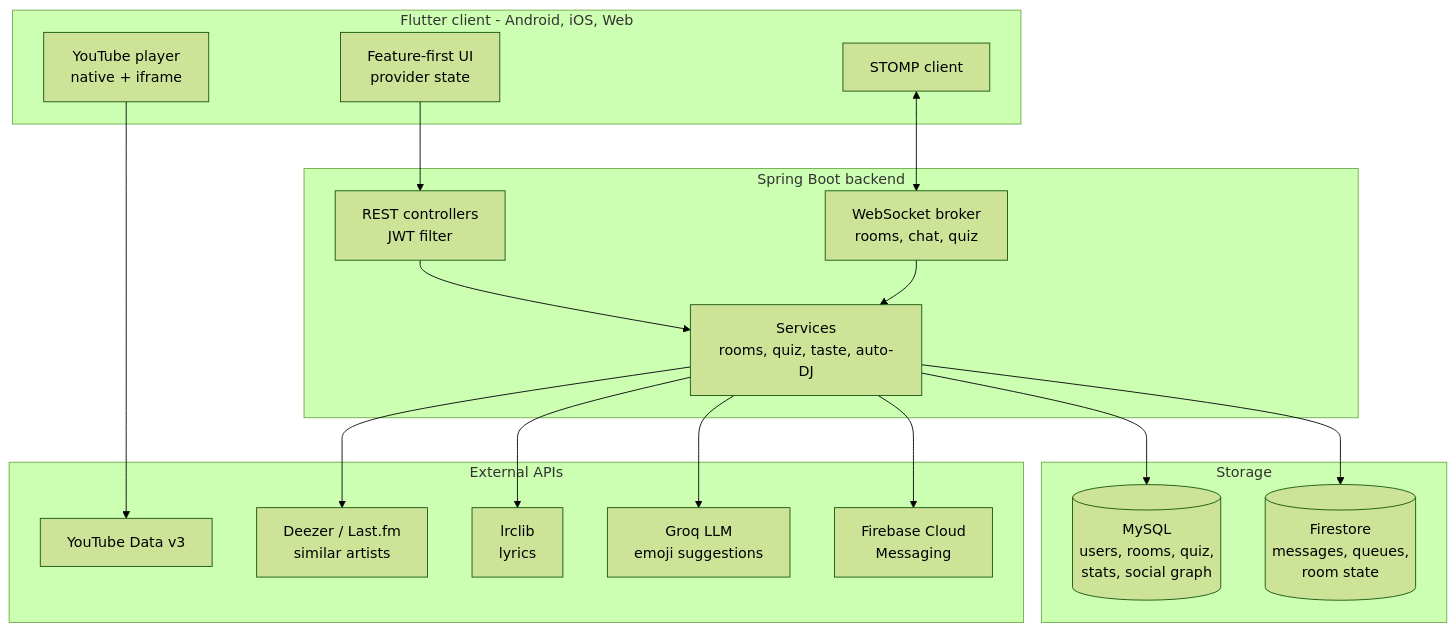
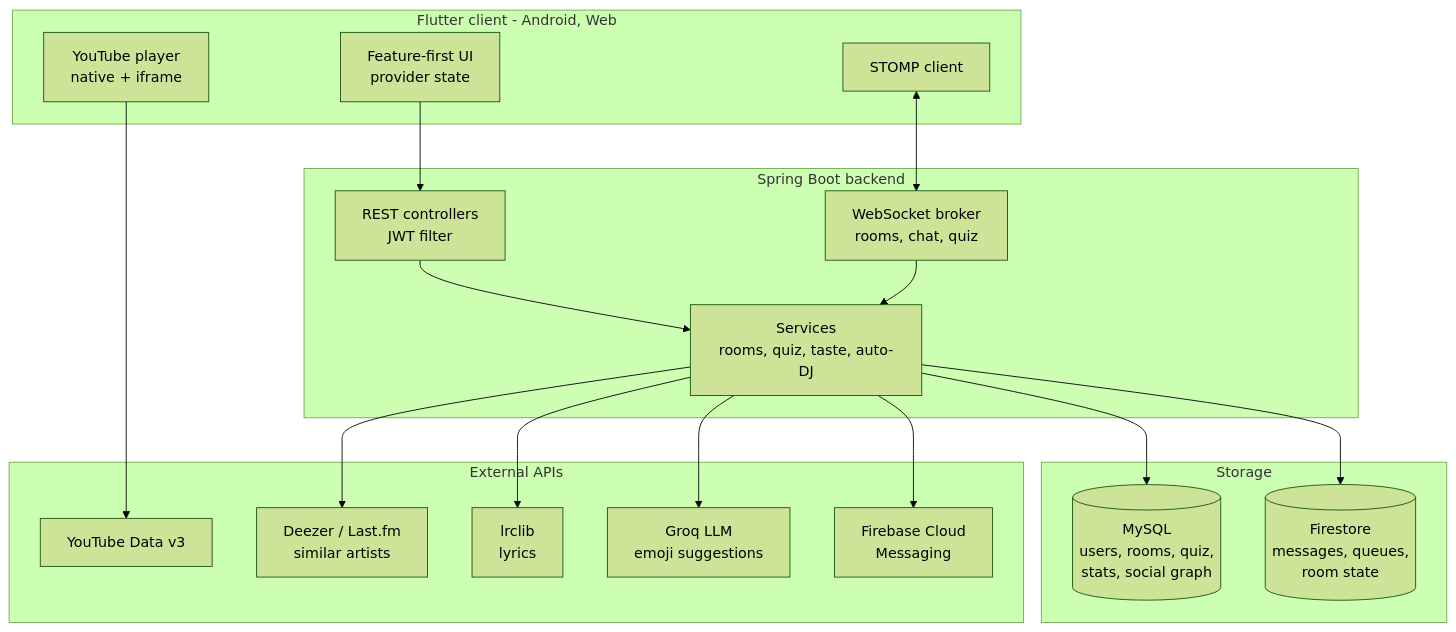
The diagram in README.md (J1nnzz/viber), drawn with Mermaid (forest theme) before and after one commit. The commit also changed other lines of this file and 1 other file, not shown here.

````diff
--- a/README.md
+++ b/README.md
@@ -96,39 +98,39 @@
 ```mermaid
 flowchart TB
-    subgraph client["Flutter client - Android, iOS, Web"]
+    subgraph client["Flutter client - Android, Web"]
         UI["Feature-first UI<br/>provider state"]
         WS["STOMP client"]
         YT["YouTube player<br/>native + iframe"]
     end
 
     subgraph backend["Spring Boot backend"]
         REST["REST controllers<br/>JWT filter"]
         STOMP["WebSocket broker<br/>rooms, chat, quiz"]
         SVC["Services<br/>rooms, quiz, taste, auto-DJ"]
     end
 
     subgraph data["Storage"]
         SQL[("MySQL<br/>users, rooms, quiz,<br/>stats, social graph")]
         FS[("Firestore<br/>messages, queues,<br/>room state")]
     end
 
     subgraph ext["External APIs"]
         YTAPI["YouTube Data v3"]
         DEEZER["Deezer / Last.fm<br/>similar artists"]
         LRC["lrclib<br/>lyrics"]
         GROQ["Groq LLM<br/>emoji suggestions"]
         FCM["Firebase Cloud<br/>Messaging"]
     end
 
     UI --> REST
     WS <--> STOMP
     YT --> YTAPI
     REST --> SVC
     STOMP --> SVC
     SVC --> SQL
     SVC --> FS
     SVC --> DEEZER
     SVC --> LRC
     SVC --> GROQ
     SVC --> FCM
 ```
````
